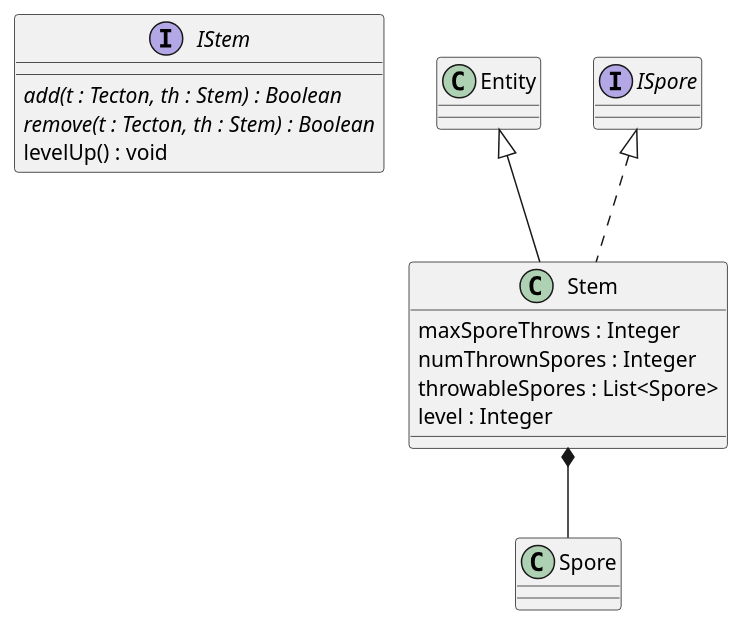
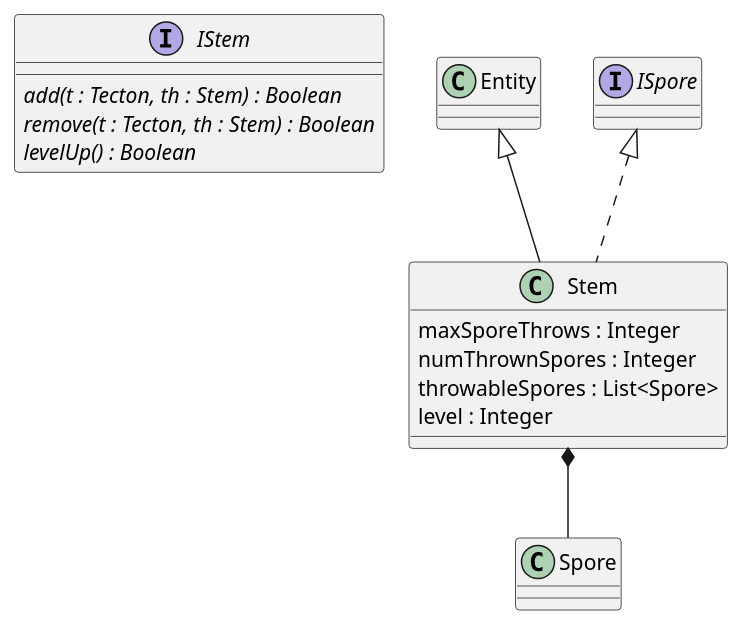
Before and after one commit to Petya-G/fungorium: the diagram in 5/classes/mushroom/stem.puml, drawn with PlantUML. The commit also changed 1 other file, not shown here.

```diff
--- a/5/classes/mushroom/stem.puml
+++ b/5/classes/mushroom/stem.puml
@@ -1,17 +1,17 @@
 @startuml stem
 
 interface IStem{
     {abstract} add(t : Tecton, th : Stem) : Boolean
     {abstract} remove(t : Tecton, th : Stem) : Boolean
-    levelUp() : void
+    {abstract} levelUp() : Boolean
 }
 
 Stem *-- Spore
 class Stem extends Entity implements ISpore{
     maxSporeThrows : Integer
     numThrownSpores : Integer
     throwableSpores : List<Spore>
     level : Integer
 }
 
 @enduml
```
